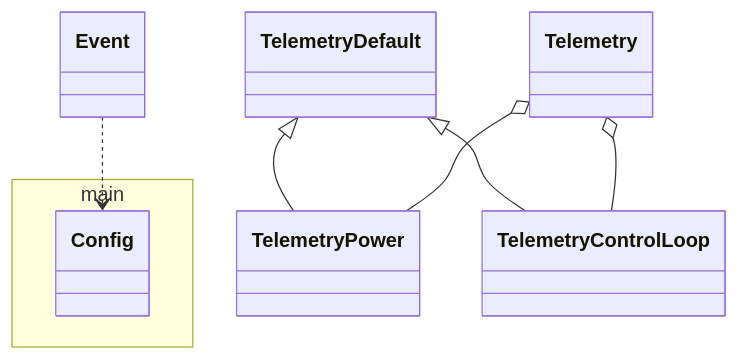
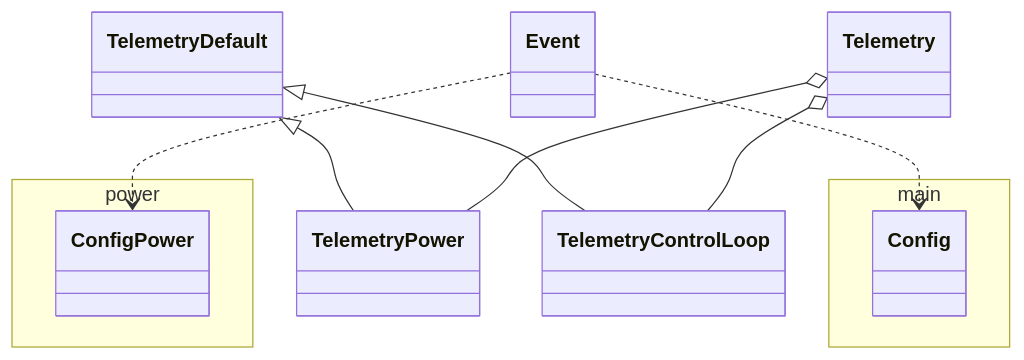
One commit to lsst-ts/ts_mtm2_controller changed the sixth of 8 diagrams in doc/class_diagram.md. Above: the diagram before and after it, drawn with Mermaid. The commit also changed other lines of this file, not shown here.

````diff
--- a/doc/class_diagram.md
+++ b/doc/class_diagram.md
@@ -280,15 +280,20 @@
 ```mermaid
 classDiagram
+
+namespace power {
+  class ConfigPower
+}
 
 namespace main {
   class Config
 }
 
 Event ..> Config
+Event ..> ConfigPower
 
 TelemetryDefault <|-- TelemetryPower
 TelemetryDefault <|-- TelemetryControlLoop
 
 Telemetry o-- TelemetryPower
 Telemetry o-- TelemetryControlLoop
 ```
````
